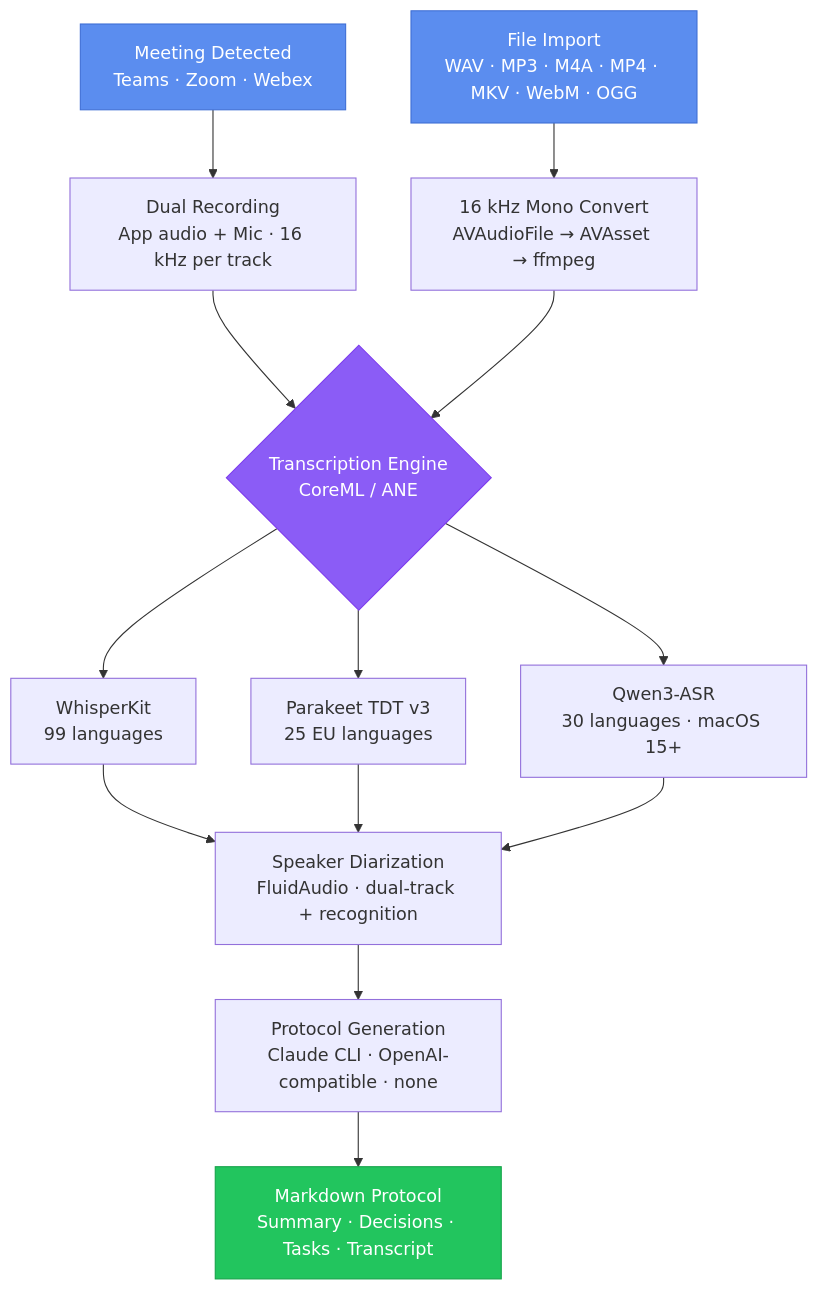
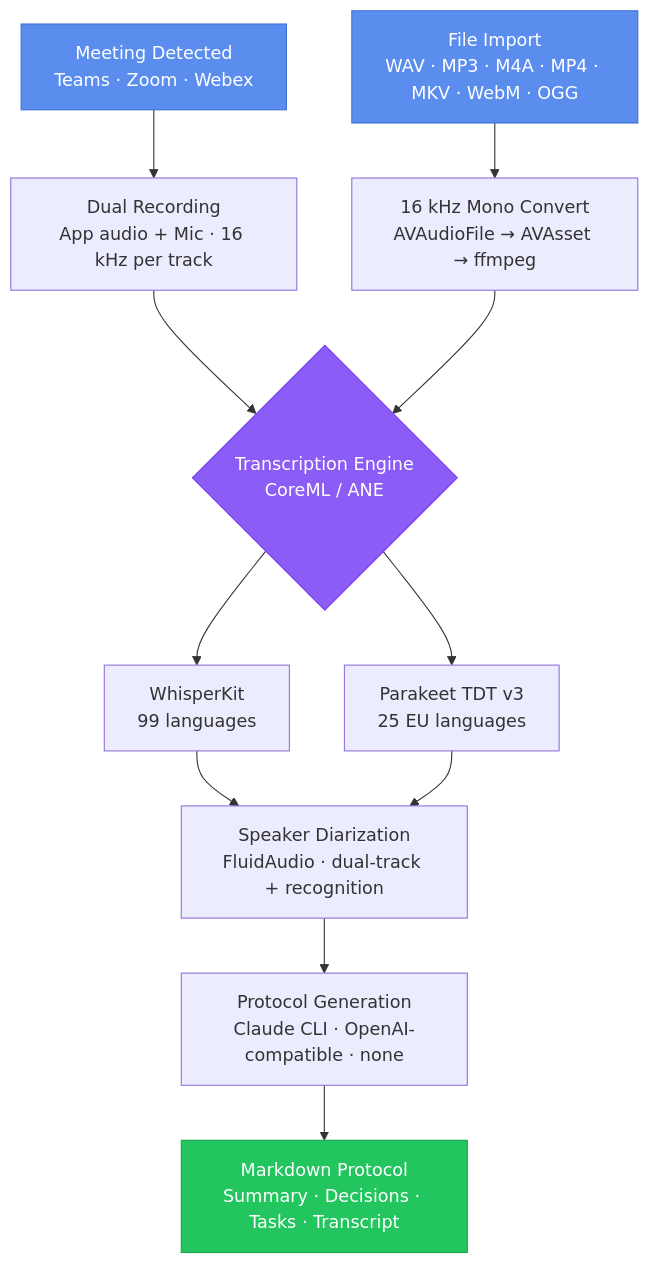
One commit to pasrom/meeting-transcriber changed the diagram in README.md. Above: the diagram before and after it, drawn with Mermaid. The commit also changed other lines of this file and 38 other files, not shown here.

First line of the commit message:
chore(app): remove experimental Qwen3 ASR engine

````diff
--- a/README.md
+++ b/README.md
@@ -48,34 +48,31 @@
 ```mermaid
 flowchart TD
     A["Meeting Detected<br/>Teams · Zoom · Webex"]
     A2["File Import<br/>WAV · MP3 · M4A · MP4 · MKV · WebM · OGG"]
     B["Dual Recording<br/>App audio + Mic · 16 kHz per track"]
     C["16 kHz Mono Convert<br/>AVAudioFile → AVAsset → ffmpeg"]
     D{"Transcription Engine<br/>CoreML / ANE"}
     D1["WhisperKit<br/>99 languages"]
     D2["Parakeet TDT v3<br/>25 EU languages"]
-    D3["Qwen3-ASR<br/>30 languages · macOS 15+"]
     E["Speaker Diarization<br/>FluidAudio · dual-track + recognition"]
     F["Protocol Generation<br/>Claude CLI · OpenAI-compatible · none"]
     G["Markdown Protocol<br/>Summary · Decisions · Tasks · Transcript"]
 
     A --> B
     A2 --> C
     B --> D
     C --> D
     D --> D1
     D --> D2
-    D --> D3
     D1 --> E
     D2 --> E
-    D3 --> E
     E --> F
     F --> G
 
     classDef input fill:#5B8DEF,stroke:#3F6FD5,color:#fff
     classDef engine fill:#8B5CF6,stroke:#7C3AED,color:#fff
     classDef output fill:#22C55E,stroke:#16A34A,color:#fff
     class A,A2 input
     class D engine
     class G output
 ```
````
